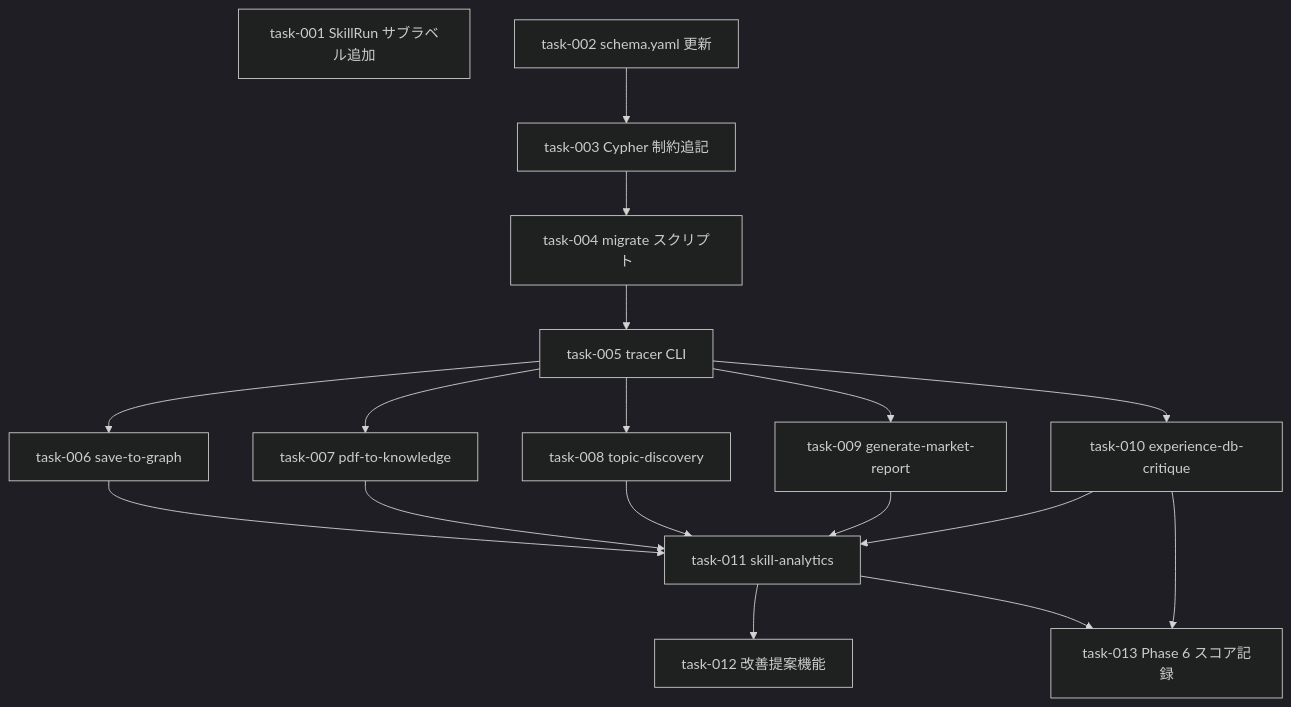
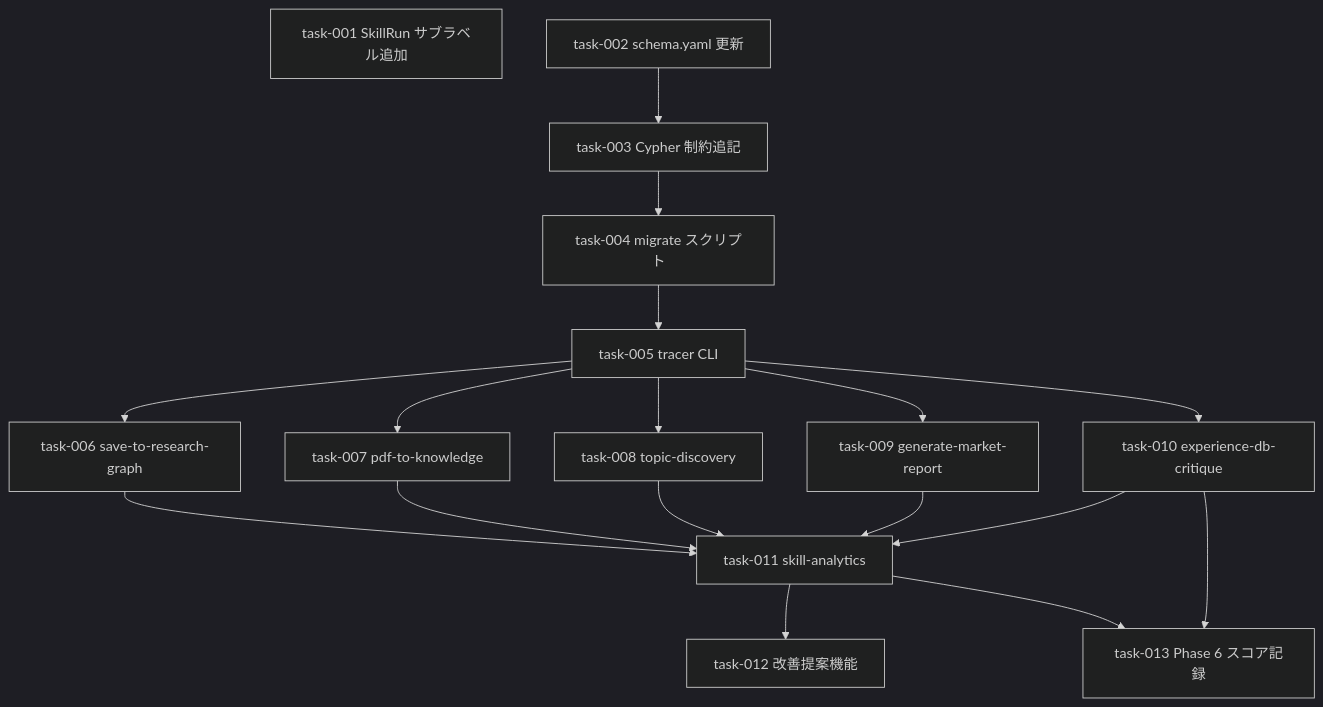
Before and after one commit to YH-05/note-finance: the diagram in docs/project/project-18/project.md, drawn with Mermaid (dark theme). The commit also changed other lines of this file and 222 other files, not shown here.

First line of the commit message:
refactor: save-to-graph → save-to-research-graph リネーム、data_pipeline Layer0追加、career_sister週次更新

````diff
--- a/docs/project/project-18/project.md
+++ b/docs/project/project-18/project.md
@@ -175,33 +175,33 @@
 ```mermaid
 graph TD
     task-001["task-001 SkillRun サブラベル追加"]
     task-002["task-002 schema.yaml 更新"]
     task-003["task-003 Cypher 制約追記"]
     task-004["task-004 migrate スクリプト"]
     task-005["task-005 tracer CLI"]
-    task-006["task-006 save-to-graph"]
+    task-006["task-006 save-to-research-graph"]
     task-007["task-007 pdf-to-knowledge"]
     task-008["task-008 topic-discovery"]
     task-009["task-009 generate-market-report"]
     task-010["task-010 experience-db-critique"]
     task-011["task-011 skill-analytics"]
     task-012["task-012 改善提案機能"]
     task-013["task-013 Phase 6 スコア記録"]
 
     task-002 --> task-003
     task-003 --> task-004
     task-004 --> task-005
     task-005 --> task-006
     task-005 --> task-007
     task-005 --> task-008
     task-005 --> task-009
     task-005 --> task-010
     task-006 --> task-011
     task-007 --> task-011
     task-008 --> task-011
     task-009 --> task-011
     task-010 --> task-011
     task-011 --> task-012
     task-010 --> task-013
     task-011 --> task-013
 ```
````
